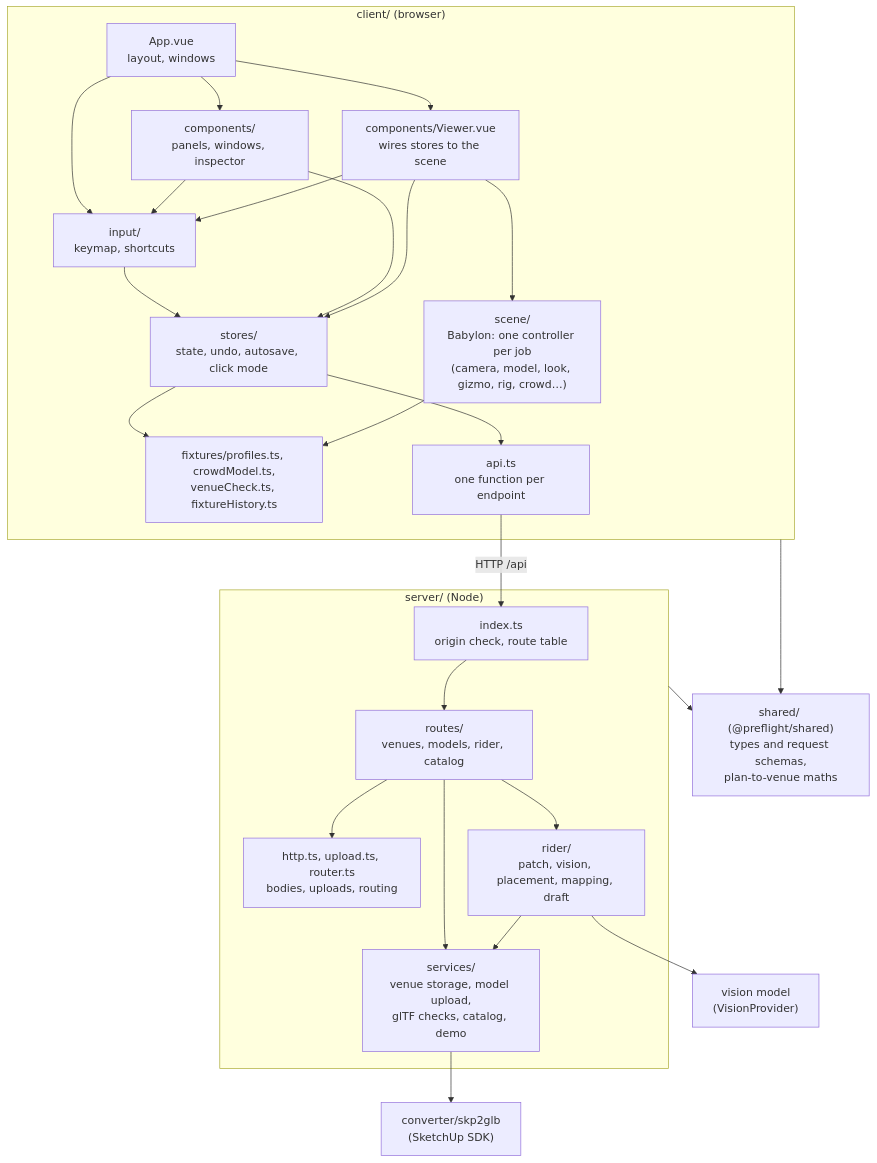
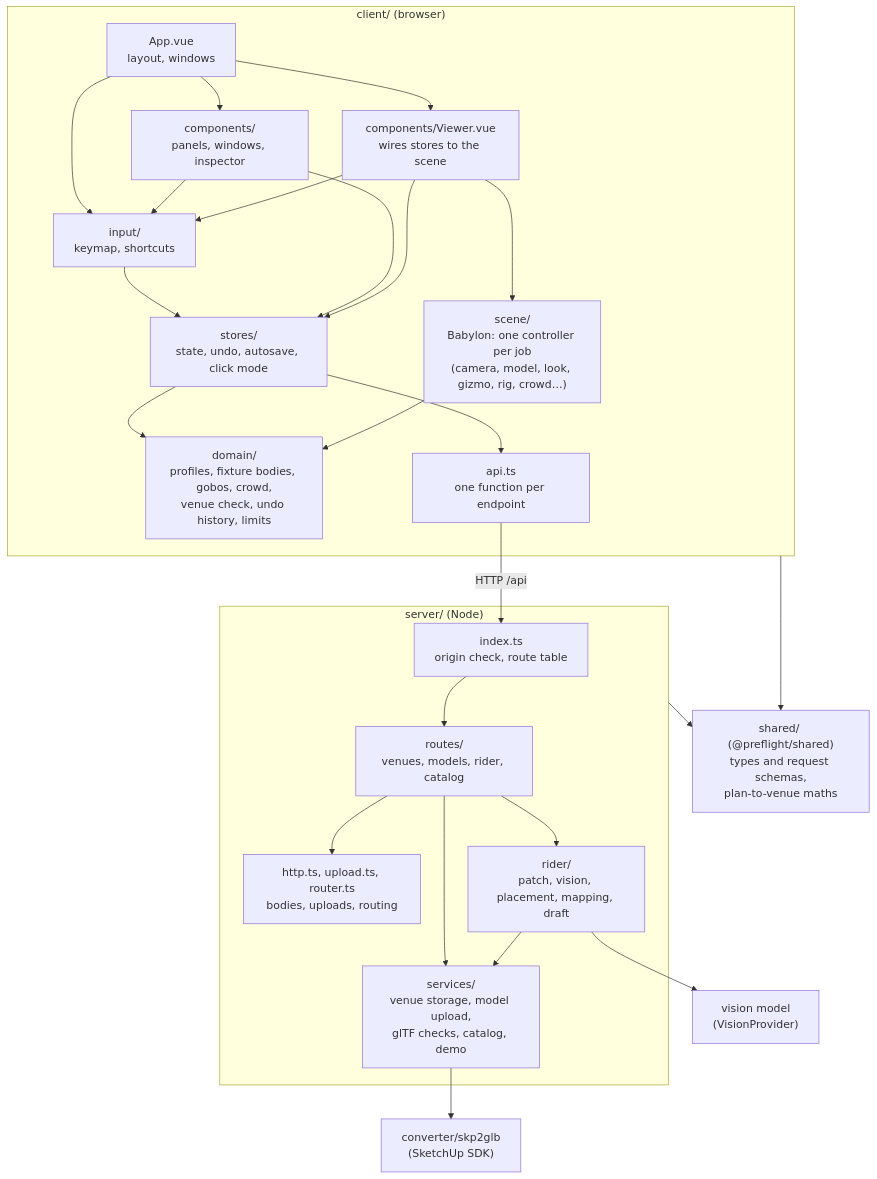
The diagram in docs/architecture.md (Keyes/preflight), drawn with Mermaid before and after one commit. The commit also changed other lines of this file and 3 other files, not shown here.

````diff
--- a/docs/architecture.md
+++ b/docs/architecture.md
@@ -7,36 +7,36 @@
 ```mermaid
 flowchart TB
   subgraph client["client/ (browser)"]
     App["App.vue<br/>layout, windows"]
     UI["components/<br/>panels, windows, inspector"]
     Viewer["components/Viewer.vue<br/>wires stores to the scene"]
     Stores["stores/<br/>state, undo, autosave, click mode"]
     Input["input/<br/>keymap, shortcuts"]
     Scene["scene/<br/>Babylon: one controller per job<br/>(camera, model, look, gizmo, rig, crowd…)"]
-    Domain["fixtures/profiles.ts, crowdModel.ts,<br/>venueCheck.ts, fixtureHistory.ts"]
+    Domain["domain/<br/>profiles, fixture bodies, gobos, crowd,<br/>venue check, undo history, limits"]
     Api["api.ts<br/>one function per endpoint"]
   end
   subgraph server["server/ (Node)"]
     Index["index.ts<br/>origin check, route table"]
     Routes["routes/<br/>venues, models, rider, catalog"]
     Http["http.ts, upload.ts, router.ts<br/>bodies, uploads, routing"]
     Services["services/<br/>venue storage, model upload,<br/>glTF checks, catalog, demo"]
     Pipeline["rider/<br/>patch, vision, placement, mapping, draft"]
   end
   App --> UI & Viewer & Input
   UI & Viewer --> Input
   Input --> Stores
   UI --> Stores
   Viewer --> Stores
   Viewer --> Scene
   Stores --> Domain
   Stores --> Api
   Scene --> Domain
   Api -- "HTTP /api" --> Index
   Index --> Routes
   Routes --> Http & Services & Pipeline
   Pipeline --> Services
   Pipeline --> Vision["vision model<br/>(VisionProvider)"]
   Services --> Converter["converter/skp2glb<br/>(SketchUp SDK)"]
   client & server --> Shared["shared/ (@preflight/shared)<br/>types and request schemas,<br/>plan-to-venue maths"]
 ```
````
